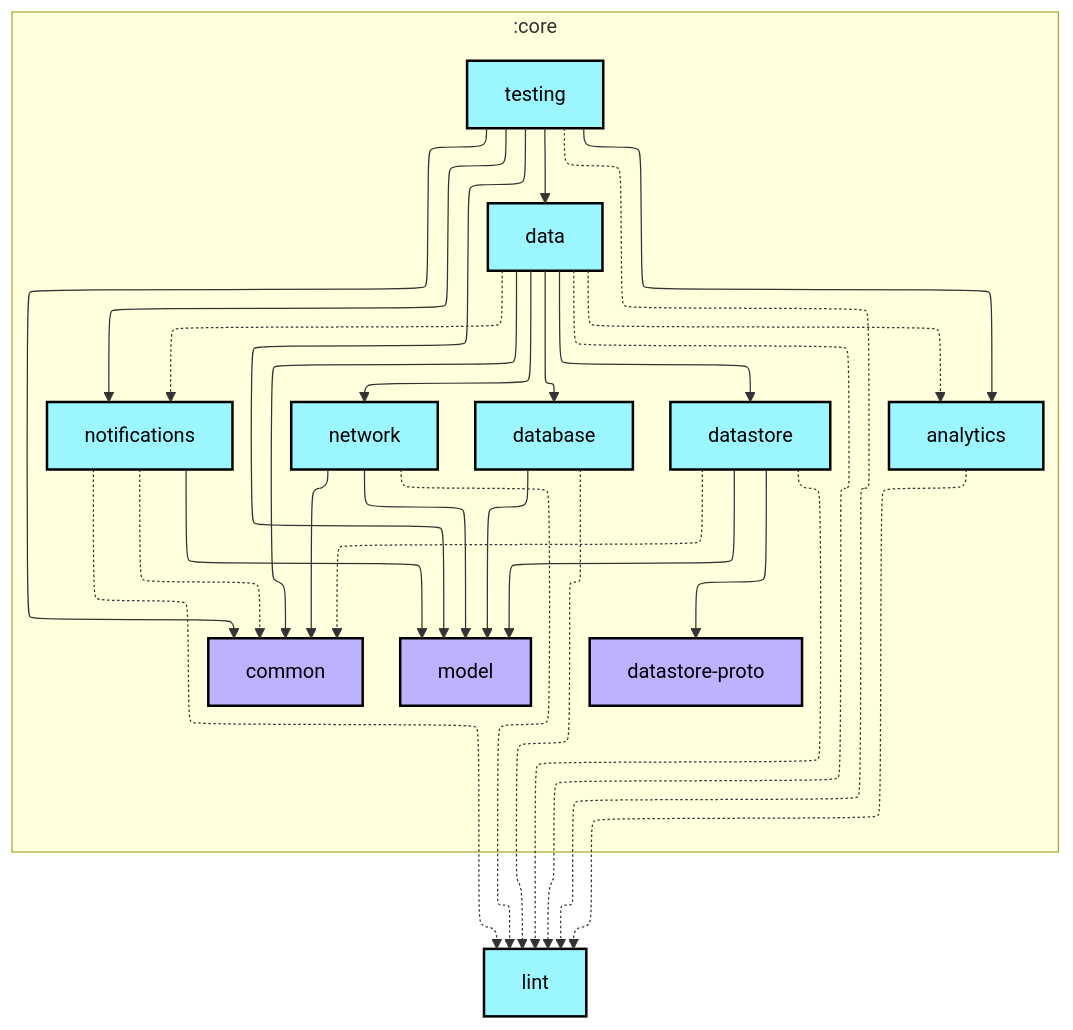
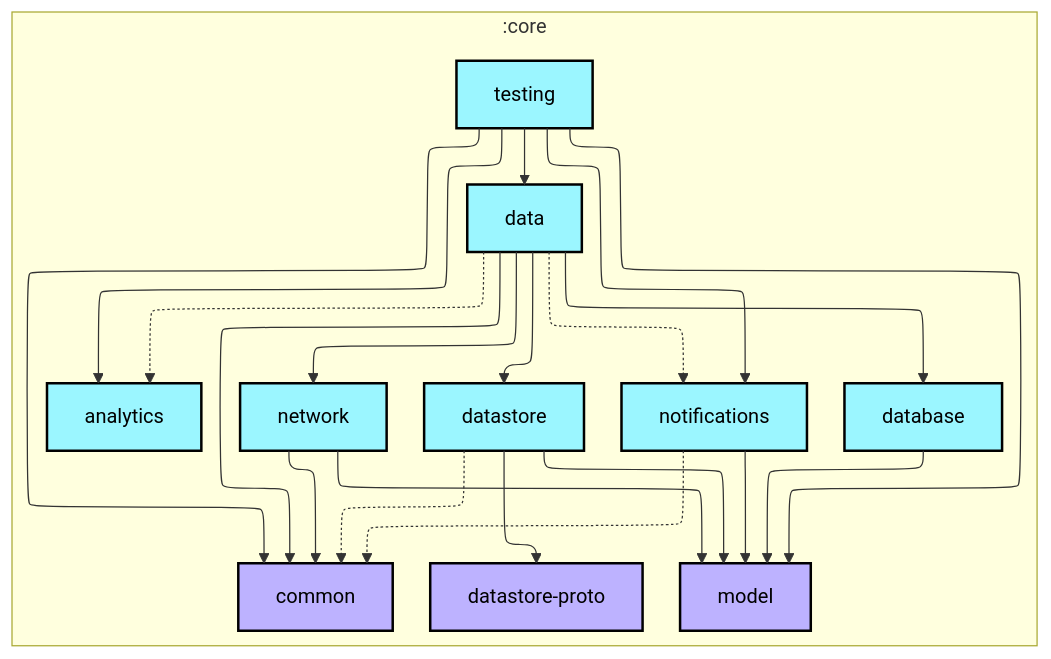
One commit to android/nowinandroid changed the first of 2 diagrams in core/testing/README.md. Above: the diagram before and after it, drawn with Mermaid. The commit also changed 30 other files, not shown here.

````diff
--- a/core/testing/README.md
+++ b/core/testing/README.md
@@ -6,57 +6,49 @@
 ```mermaid
 ---
 config:
   layout: elk
   elk:
     nodePlacementStrategy: SIMPLE
 ---
 graph TB
   subgraph :core
     direction TB
     :core:analytics[analytics]:::android-library
     :core:common[common]:::jvm-library
     :core:data[data]:::android-library
     :core:database[database]:::android-library
     :core:datastore[datastore]:::android-library
     :core:datastore-proto[datastore-proto]:::jvm-library
     :core:model[model]:::jvm-library
     :core:network[network]:::android-library
     :core:notifications[notifications]:::android-library
     :core:testing[testing]:::android-library
   end
-  :lint[lint]:::android-library
 
-  :core:analytics -.-> :lint
   :core:data -.-> :core:analytics
   :core:data --> :core:common
   :core:data --> :core:database
   :core:data --> :core:datastore
   :core:data --> :core:network
   :core:data -.-> :core:notifications
-  :core:data -.-> :lint
   :core:database --> :core:model
-  :core:database -.-> :lint
   :core:datastore -.-> :core:common
   :core:datastore --> :core:datastore-proto
   :core:datastore --> :core:model
-  :core:datastore -.-> :lint
   :core:network --> :core:common
   :core:network --> :core:model
-  :core:network -.-> :lint
   :core:notifications -.-> :core:common
   :core:notifications --> :core:model
-  :core:notifications -.-> :lint
   :core:testing --> :core:analytics
   :core:testing --> :core:common
   :core:testing --> :core:data
   :core:testing --> :core:model
   :core:testing --> :core:notifications
-  :core:testing -.-> :lint
 
 classDef android-application fill:#CAFFBF,stroke:#000,stroke-width:2px,color:#000;
 classDef android-feature fill:#FFD6A5,stroke:#000,stroke-width:2px,color:#000;
 classDef android-library fill:#9BF6FF,stroke:#000,stroke-width:2px,color:#000;
 classDef android-test fill:#A0C4FF,stroke:#000,stroke-width:2px,color:#000;
 classDef jvm-library fill:#BDB2FF,stroke:#000,stroke-width:2px,color:#000;
 classDef unknown fill:#FFADAD,stroke:#000,stroke-width:2px,color:#000;
 ```
````
